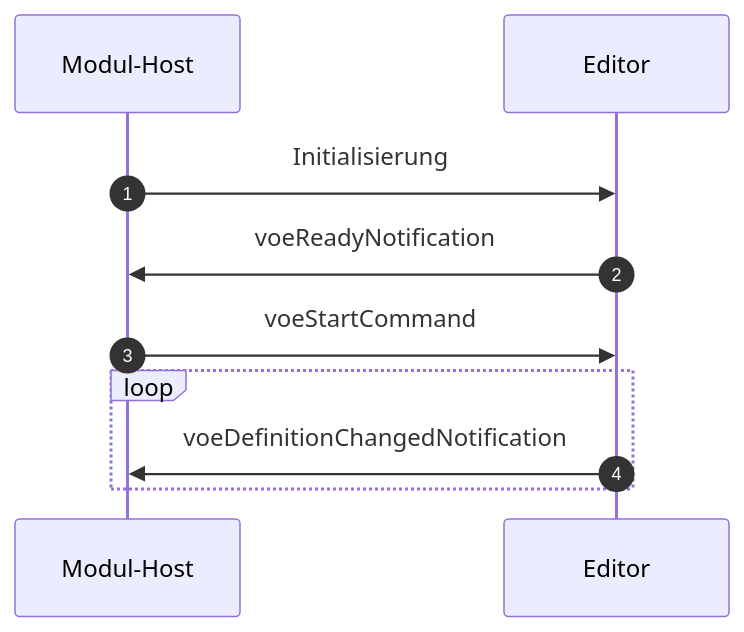
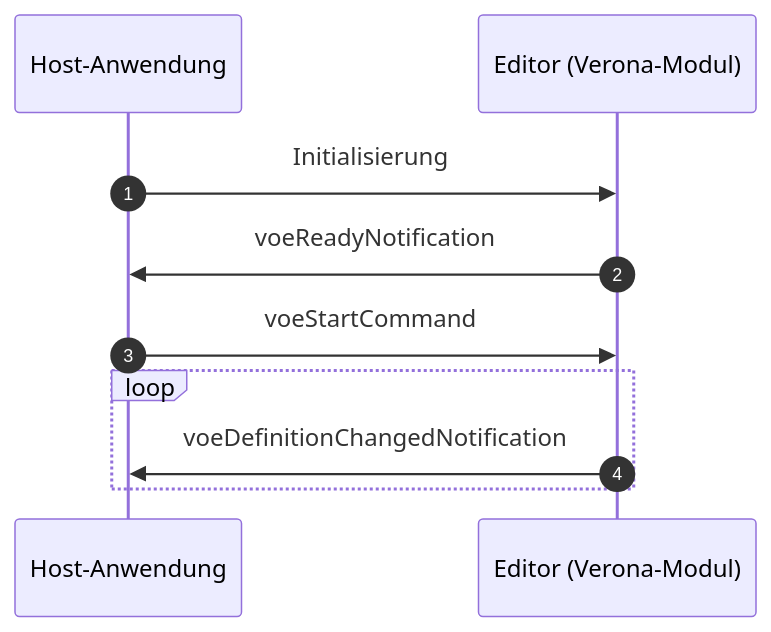
The diagram in editor-docs/index.qmd (verona-interfaces/verona-interfaces.github.io), drawn with Mermaid before and after one commit. The commit also changed 6 other files, not shown here.

````diff
--- a/editor-docs/index.qmd
+++ b/editor-docs/index.qmd
@@ -14,12 +14,12 @@
 ```{mermaid}
 sequenceDiagram
     autonumber
-    participant MH as Modul-Host
-    participant VM as Editor
-    MH->>VM:Initialisierung
-    VM->>MH:voeReadyNotification
-    MH->>VM:voeStartCommand
+participant HA as Host-Anwendung
+    participant VM as Editor (Verona-Modul)
+    HA->>VM:Initialisierung
+    VM->>HA:voeReadyNotification
+    HA->>VM:voeStartCommand
     loop
-        VM->>MH:voeDefinitionChangedNotification
+        VM->>HA:voeDefinitionChangedNotification
     end
 ```
````
